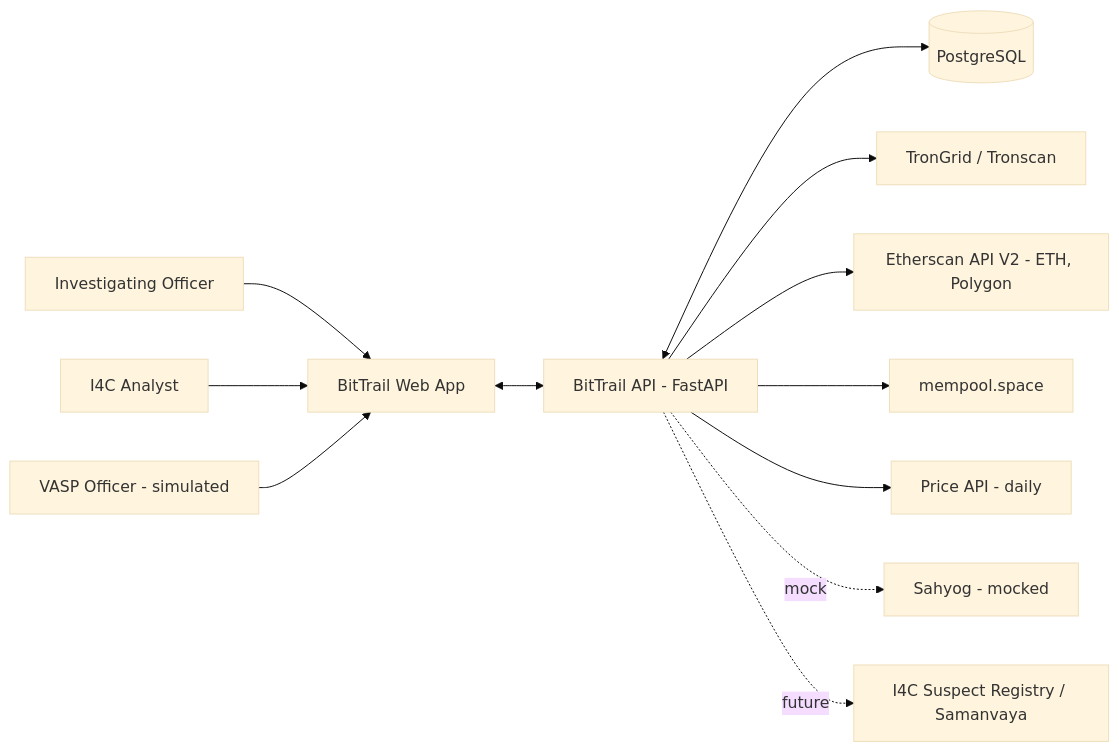
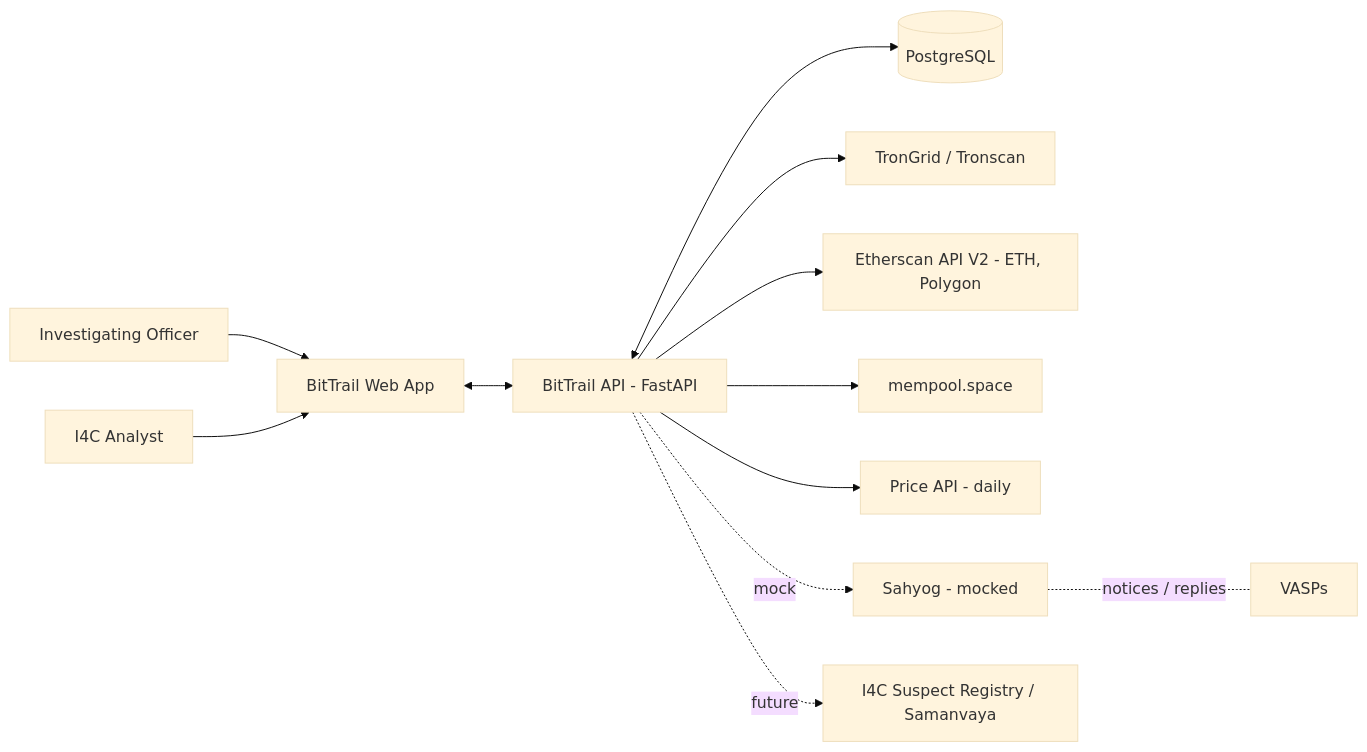
Before and after one commit to Rachitneema03/BitTrail: the first of 2 diagrams in docs/architecture.md, drawn with Mermaid (base theme). The commit also changed other lines of this file and 22 other files, not shown here.

````diff
--- a/docs/architecture.md
+++ b/docs/architecture.md
@@ -9,14 +9,14 @@
 ```mermaid
 flowchart LR
   IO[Investigating Officer] --> UI[BitTrail Web App]
   AN[I4C Analyst] --> UI
-  VO[VASP Officer - simulated] --> UI
   UI <--> API[BitTrail API - FastAPI]
   API <--> DB[(PostgreSQL)]
   API --> TRON[TronGrid / Tronscan]
   API --> EVM[Etherscan API V2 - ETH, Polygon]
   API --> BTC[mempool.space]
   API --> PX[Price API - daily]
   API -. mock .-> SAHYOG[Sahyog - mocked]
+  SAHYOG -. notices / replies .- VASP[VASPs]
   API -. future .-> SR[I4C Suspect Registry / Samanvaya]
 ```
````
